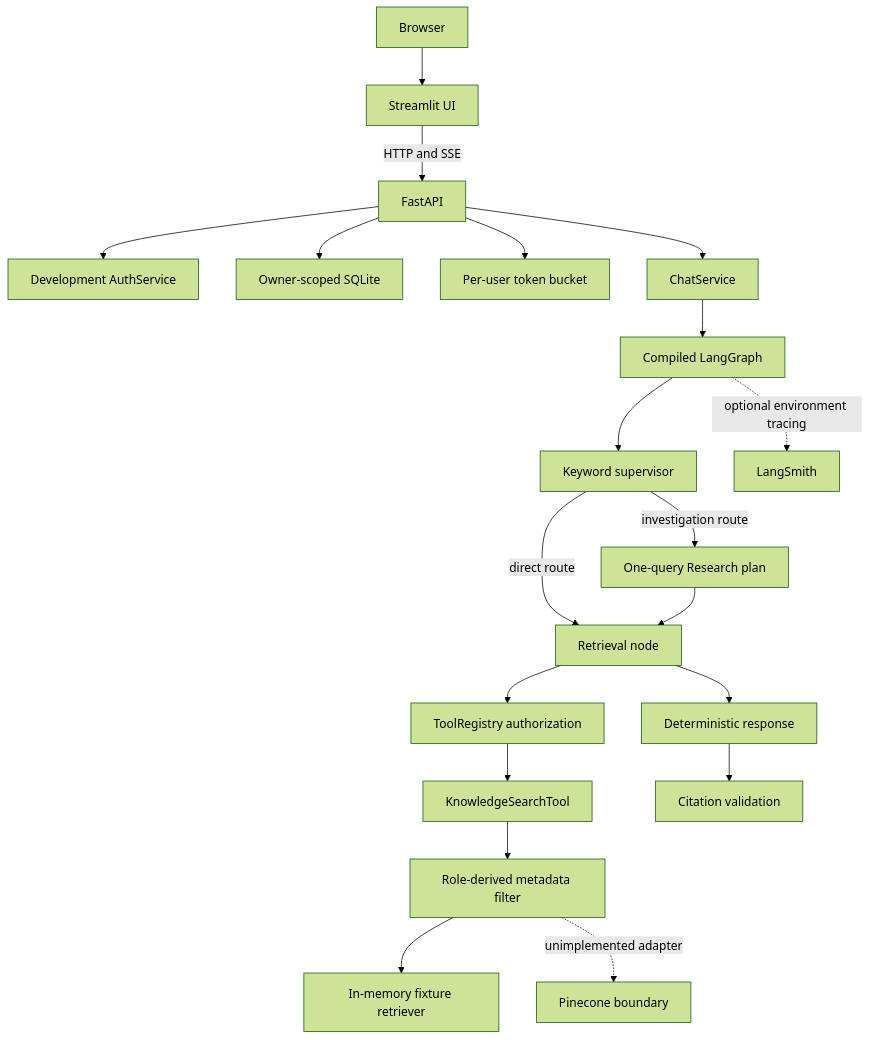
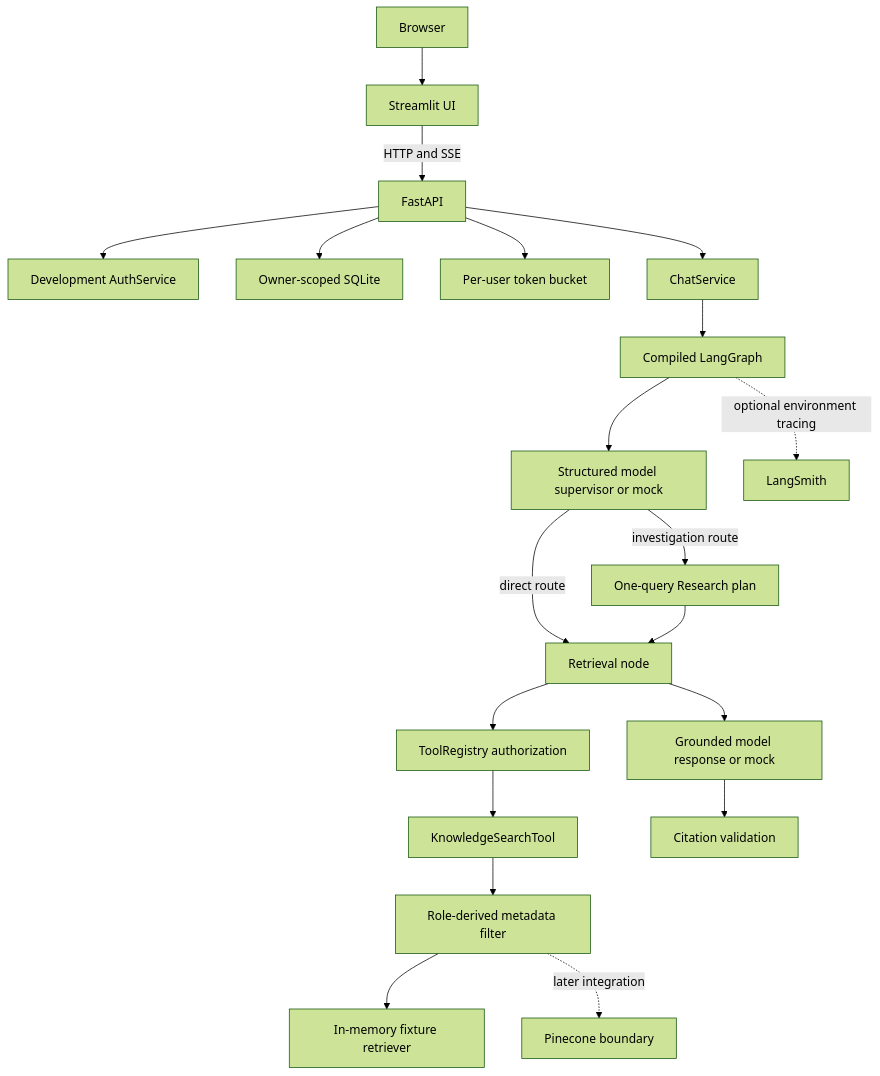
The first of 2 diagrams in docs/architecture.md (Thavarshan/enterprise-knowledge-assistant), drawn with Mermaid (forest theme) before and after one commit. The commit also changed other lines of this file and 19 other files, not shown here.

````diff
--- a/docs/architecture.md
+++ b/docs/architecture.md
@@ -17,22 +18,22 @@
 ```mermaid
 flowchart TB
   Browser --> UI[Streamlit UI]
   UI -->|HTTP and SSE| API[FastAPI]
   API --> Auth[Development AuthService]
   API --> Owner[Owner-scoped SQLite]
   API --> Limit[Per-user token bucket]
   API --> Chat[ChatService]
   Chat --> Graph[Compiled LangGraph]
-  Graph --> Supervisor[Keyword supervisor]
+  Graph --> Supervisor[Structured model supervisor or mock]
   Supervisor -->|direct route| Retrieval[Retrieval node]
   Supervisor -->|investigation route| Research[One-query Research plan]
   Research --> Retrieval
   Retrieval --> Registry[ToolRegistry authorization]
   Registry --> Knowledge[KnowledgeSearchTool]
   Knowledge --> Filter[Role-derived metadata filter]
   Filter --> Fixture[In-memory fixture retriever]
-  Filter -. unimplemented adapter .-> Pinecone[Pinecone boundary]
-  Retrieval --> Response[Deterministic response]
+  Filter -. later integration .-> Pinecone[Pinecone boundary]
+  Retrieval --> Response[Grounded model response or mock]
   Response --> Validate[Citation validation]
   Graph -. optional environment tracing .-> LangSmith[LangSmith]
 ```
````
